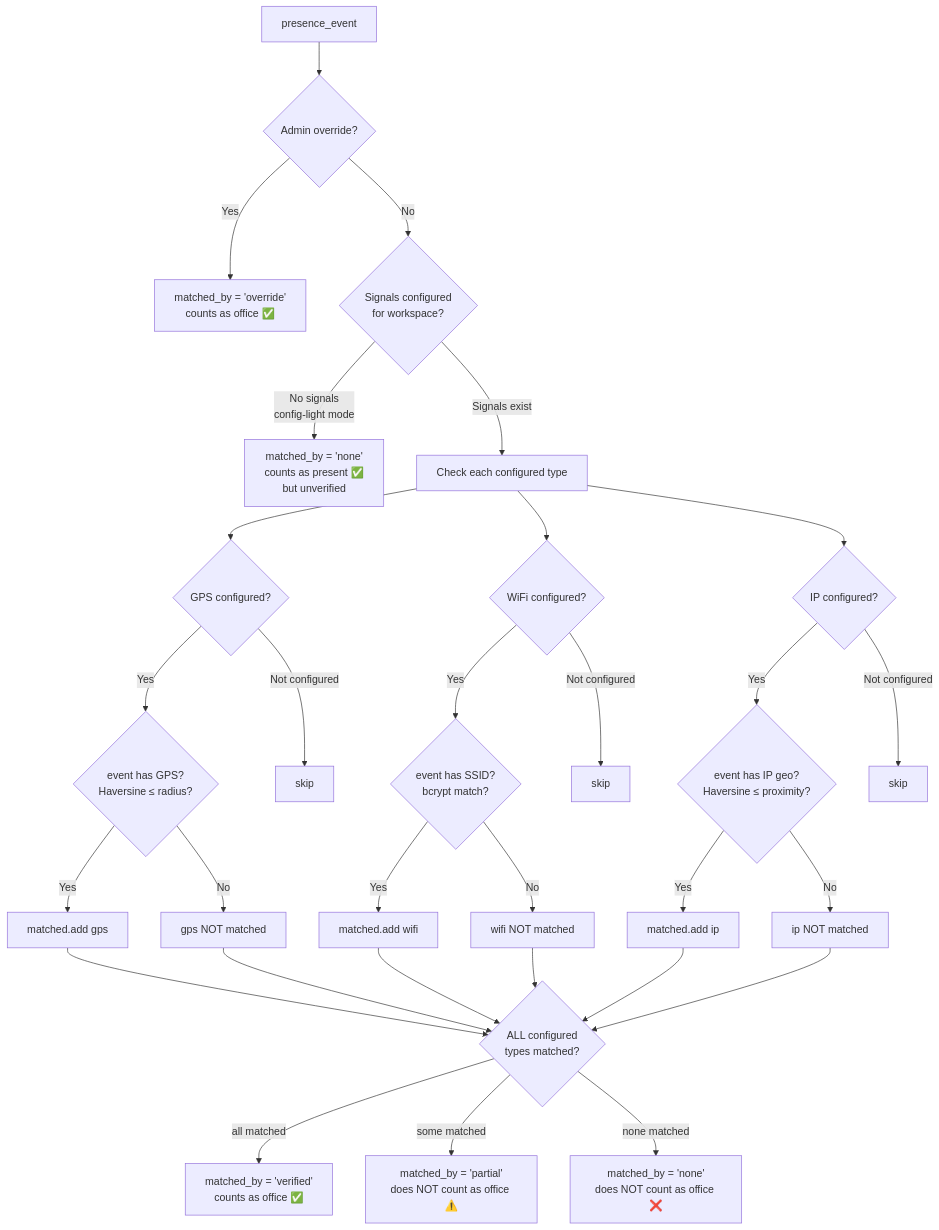
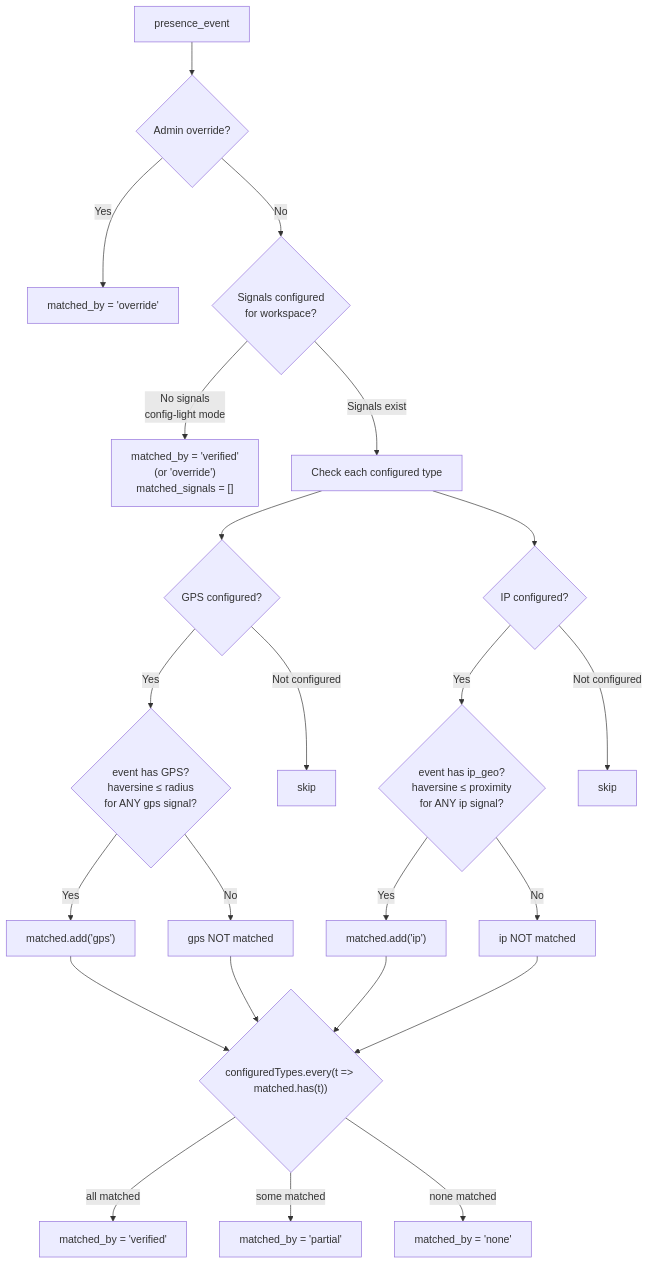
The first of 4 diagrams in docs/architecture/signal-matching.md (ksharma20/checkmark), drawn with Mermaid before and after one commit. The commit also changed other lines of this file and 296 other files, not shown here.

````diff
--- a/docs/architecture/signal-matching.md
+++ b/docs/architecture/signal-matching.md
@@ -33,35 +56,29 @@
 ```mermaid
 flowchart TD
   A[presence_event] --> B{Admin override?}
-  B -->|Yes| OV[matched_by = 'override'\ncounts as office ✅]
+  B -->|Yes| OV["matched_by = 'override'"]
 
   B -->|No| C{Signals configured\nfor workspace?}
-  C -->|No signals\nconfig-light mode| CL[matched_by = 'none'\ncounts as present ✅\nbut unverified]
+  C -->|"No signals\nconfig-light mode"| CL["matched_by = 'verified'\n(or 'override')\nmatched_signals = []"]
 
   C -->|Signals exist| D[Check each configured type]
 
   D --> G{GPS configured?}
-  G -->|Yes| H{event has GPS?\nHaversine ≤ radius?}
-  H -->|Yes| I[matched.add gps]
+  G -->|Yes| H{"event has GPS?\nhaversine ≤ radius\nfor ANY gps signal?"}
+  H -->|Yes| I["matched.add('gps')"]
   H -->|No| J[gps NOT matched]
   G -->|Not configured| K[skip]
 
-  D --> L{WiFi configured?}
-  L -->|Yes| M{event has SSID?\nbcrypt match?}
-  M -->|Yes| N[matched.add wifi]
-  M -->|No| O[wifi NOT matched]
-  L -->|Not configured| P[skip]
-
   D --> Q{IP configured?}
-  Q -->|Yes| R{event has IP geo?\nHaversine ≤ proximity?}
-  R -->|Yes| S[matched.add ip]
+  Q -->|Yes| R{"event has ip_geo?\nhaversine ≤ proximity\nfor ANY ip signal?"}
+  R -->|Yes| S["matched.add('ip')"]
   R -->|No| T[ip NOT matched]
   Q -->|Not configured| U[skip]
 
-  I & N & S --> V{ALL configured\ntypes matched?}
-  J & O & T --> V
+  I & S --> V{"configuredTypes.every(t => matched.has(t))"}
+  J & T --> V
 
-  V -->|all matched| VF[matched_by = 'verified'\ncounts as office ✅]
-  V -->|some matched| PF[matched_by = 'partial'\ndoes NOT count as office ⚠️]
-  V -->|none matched| NF[matched_by = 'none'\ndoes NOT count as office ❌]
+  V -->|all matched| VF["matched_by = 'verified'"]
+  V -->|some matched| PF["matched_by = 'partial'"]
+  V -->|none matched| NF["matched_by = 'none'"]
 ```
````
